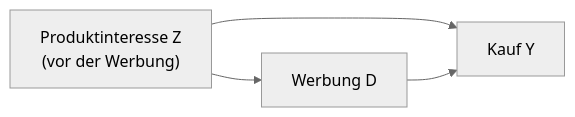
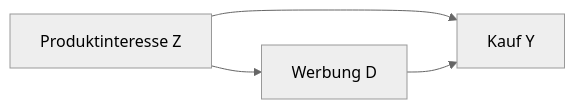
Before and after one commit to JanTeichertKluge/causality-leysin: the third of 5 diagrams in slides/causal_inference_intro.qmd, drawn with Mermaid (neutral theme). The commit also changed other lines of this file, not shown here.

````diff
--- a/slides/causal_inference_intro.qmd
+++ b/slides/causal_inference_intro.qmd
@@ -540,6 +495,6 @@
 ```{mermaid}
 flowchart LR
-  Z["Produktinteresse Z<br/>(vor der Werbung)"] --> D["Werbung D"]
+  Z["Produktinteresse Z<br/>"] --> D["Werbung D"]
   Z --> Y["Kauf Y"]
   D --> Y
 ```
````
